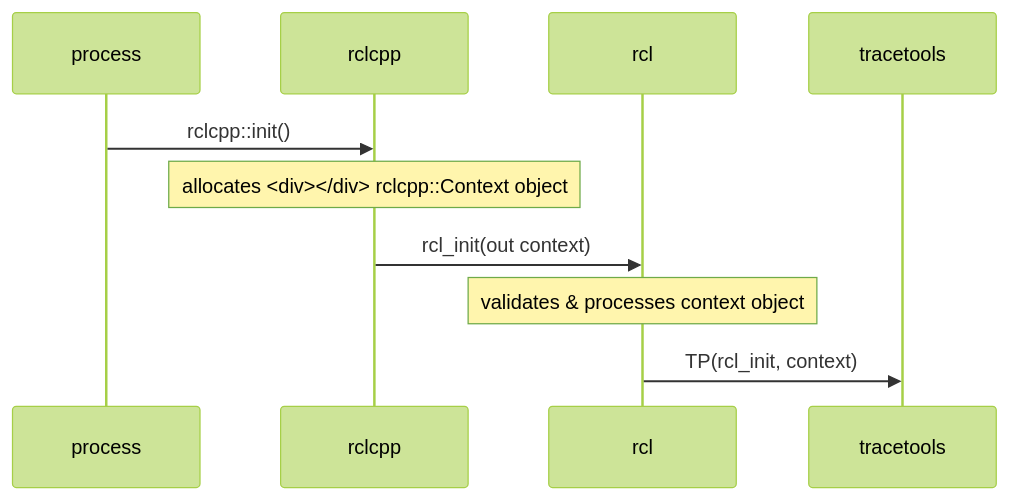
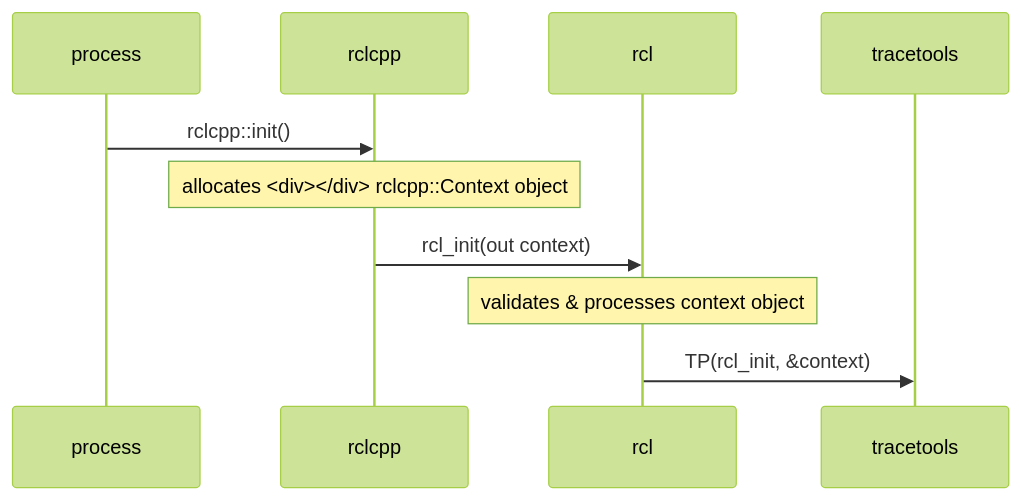
One commit to ros2/ros2_tracing changed the first of 7 diagrams in doc/ros_2.md. Above: the diagram before and after it, drawn with Mermaid (forest theme). The commit also changed other lines of this file, not shown here.

````diff
--- a/doc/ros_2.md
+++ b/doc/ros_2.md
@@ -23,14 +23,14 @@
 ```mermaid
 sequenceDiagram
     participant process
     participant rclcpp
     participant rcl
     participant tracetools
 
     process->>rclcpp: rclcpp::init()
     Note over rclcpp: allocates <div></div> rclcpp::Context object
     rclcpp->>rcl: rcl_init(out context)
     Note over rcl: validates & processes context object
 
-    rcl->>tracetools: TP(rcl_init, context)
+    rcl->>tracetools: TP(rcl_init, &context)
 ```
````
